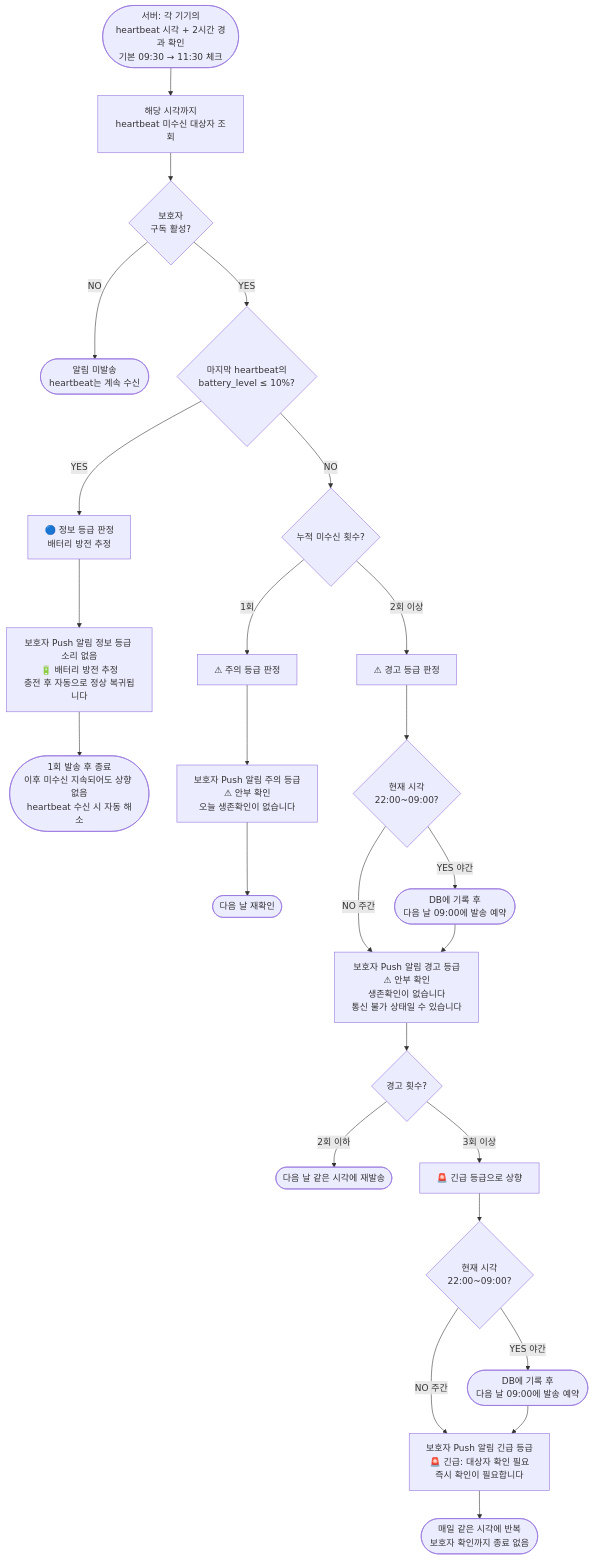
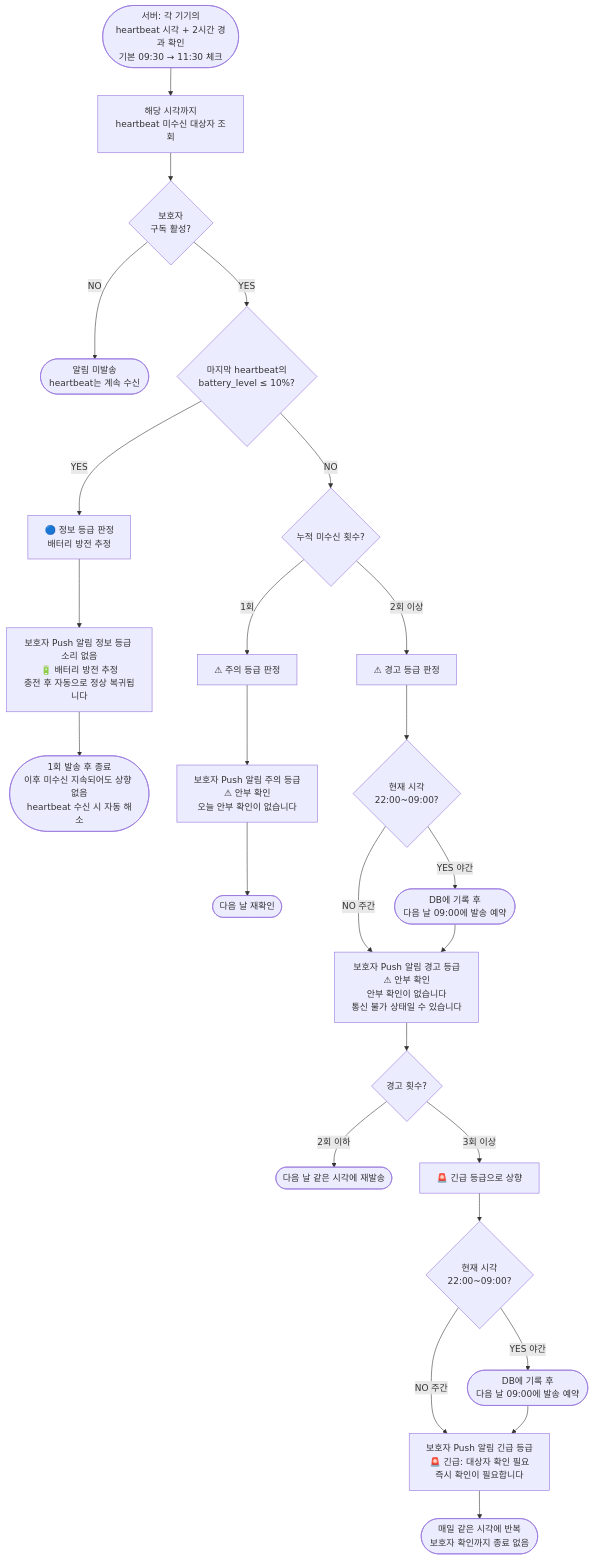
One commit to l10s18bok/anbucheck-server changed the third of 6 diagrams in .ref/heartbeat_flowchart.md. Above: the diagram before and after it, drawn with Mermaid. The commit also changed other lines of this file and 3 other files, not shown here.

````diff
--- a/.ref/heartbeat_flowchart.md
+++ b/.ref/heartbeat_flowchart.md
@@ -114,37 +114,37 @@
 ```mermaid
 flowchart TD
     Scheduler([서버: 각 기기의<br/>heartbeat 시각 + 2시간 경과 확인<br/>기본 09:30 → 11:30 체크])
     Scheduler --> FindMissing[해당 시각까지<br/>heartbeat 미수신 대상자 조회]
 
     FindMissing --> SubActive{보호자<br/>구독 활성?}
     SubActive -->|NO| Skip([알림 미발송<br/>heartbeat는 계속 수신])
     SubActive -->|YES| CheckLastBatt{마지막 heartbeat의<br/>battery_level ≤ 10%?}
 
     CheckLastBatt -->|YES| BattDead[🔵 정보 등급 판정<br/>배터리 방전 추정]
     BattDead --> BattDeadNoti[보호자 Push 알림 정보 등급 소리 없음<br/>🔋 배터리 방전 추정<br/>충전 후 자동으로 정상 복귀됩니다]
     BattDeadNoti --> BattEnd([1회 발송 후 종료<br/>이후 미수신 지속되어도 상향 없음<br/>heartbeat 수신 시 자동 해소])
 
     CheckLastBatt -->|NO| MissCount{누적 미수신 횟수?}
 
     MissCount -->|1회| Caution[⚠ 주의 등급 판정]
-    Caution --> CautionNoti[보호자 Push 알림 주의 등급<br/>⚠ 안부 확인<br/>오늘 생존확인이 없습니다]
+    Caution --> CautionNoti[보호자 Push 알림 주의 등급<br/>⚠ 안부 확인<br/>오늘 안부 확인이 없습니다]
     CautionNoti --> NextDay0([다음 날 재확인])
 
     MissCount -->|2회 이상| Warning[⚠ 경고 등급 판정]
     Warning --> NightCheck1{현재 시각<br/>22:00~09:00?}
 
-    NightCheck1 -->|NO 주간| WarningNoti[보호자 Push 알림 경고 등급<br/>⚠ 안부 확인<br/>생존확인이 없습니다<br/>통신 불가 상태일 수 있습니다]
+    NightCheck1 -->|NO 주간| WarningNoti[보호자 Push 알림 경고 등급<br/>⚠ 안부 확인<br/>안부 확인이 없습니다<br/>통신 불가 상태일 수 있습니다]
     NightCheck1 -->|YES 야간| Delay1([DB에 기록 후<br/>다음 날 09:00에 발송 예약])
     Delay1 --> WarningNoti
 
     WarningNoti --> WarningRepeat{경고 횟수?}
     WarningRepeat -->|2회 이하| NextDay1([다음 날 같은 시각에 재발송])
     WarningRepeat -->|3회 이상| UpgradeUrgent[🚨 긴급 등급으로 상향]
     UpgradeUrgent --> NightCheck2{현재 시각<br/>22:00~09:00?}
 
     NightCheck2 -->|NO 주간| UrgentNoti[보호자 Push 알림 긴급 등급<br/>🚨 긴급: 대상자 확인 필요<br/>즉시 확인이 필요합니다]
     NightCheck2 -->|YES 야간| Delay2([DB에 기록 후<br/>다음 날 09:00에 발송 예약])
     Delay2 --> UrgentNoti
 
     UrgentNoti --> DailyRepeat([매일 같은 시각에 반복<br/>보호자 확인까지 종료 없음])
 ```
````
